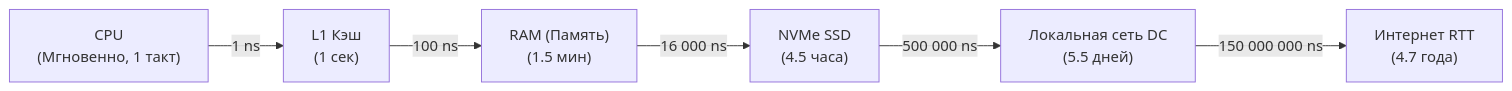
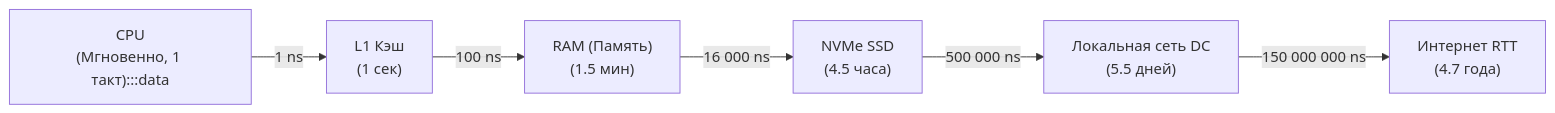
The diagram in sources/1. Архитектура компьютера/38. Latency Numbers Every Programmer Should Know.md (UnrealTemplier/go-textbook), drawn with Mermaid before and after one commit. The commit also changed 1666 other files, not shown here.

First line of the commit message:
feat(mermaid): add semantic color classDef to 1369 colorless flowchart/graph diagrams

````diff
--- a/sources/1. Архитектура компьютера/38. Latency Numbers Every Programmer Should Know.md
+++ b/sources/1. Архитектура компьютера/38. Latency Numbers Every Programmer Should Know.md
@@ -37,8 +37,18 @@
 ```mermaid
 flowchart LR
-    CPU["CPU<br>(Мгновенно, 1 такт)"] -->|"1 ns"| L1["L1 Кэш<br>(1 сек)"]
+    classDef process  fill:#1e293b,stroke:#38bdf8,stroke-width:1px,color:#f8fafc
+    classDef success  fill:#064e3b,stroke:#34d399,stroke-width:1px,color:#f8fafc
+    classDef error    fill:#7f1d1d,stroke:#f87171,stroke-width:1px,color:#f8fafc
+    classDef warning  fill:#78350f,stroke:#fbbf24,stroke-width:1px,color:#f8fafc
+    classDef entry    fill:#1e3a5f,stroke:#38bdf8,stroke-width:2px,color:#f8fafc
+    classDef aux      fill:#334155,stroke:#64748b,stroke-width:1px,color:#f8fafc
+    classDef system   fill:#312e81,stroke:#a78bfa,stroke-width:1px,color:#f8fafc
+    classDef data     fill:#132d29,stroke:#2dd4bf,stroke-width:1px,color:#f8fafc
+    classDef network  fill:#881337,stroke:#fb7185,stroke-width:1px,color:#f8fafc
+    classDef accent   fill:#1e1b4b,stroke:#818cf8,stroke-width:1px,color:#f8fafc
+    CPU["CPU<br>(Мгновенно, 1 такт):::data"] -->|"1 ns"| L1["L1 Кэш<br>(1 сек)"]
     L1 -->|"100 ns"| RAM["RAM (Память)<br>(1.5 мин)"]
     RAM -->|"16 000 ns"| NVMe["NVMe SSD<br>(4.5 часа)"]
     NVMe -->|"500 000 ns"| LAN["Локальная сеть DC<br>(5.5 дней)"]
     LAN -->|"150 000 000 ns"| WAN["Интернет RTT<br>(4.7 года)"]
 ```
````
